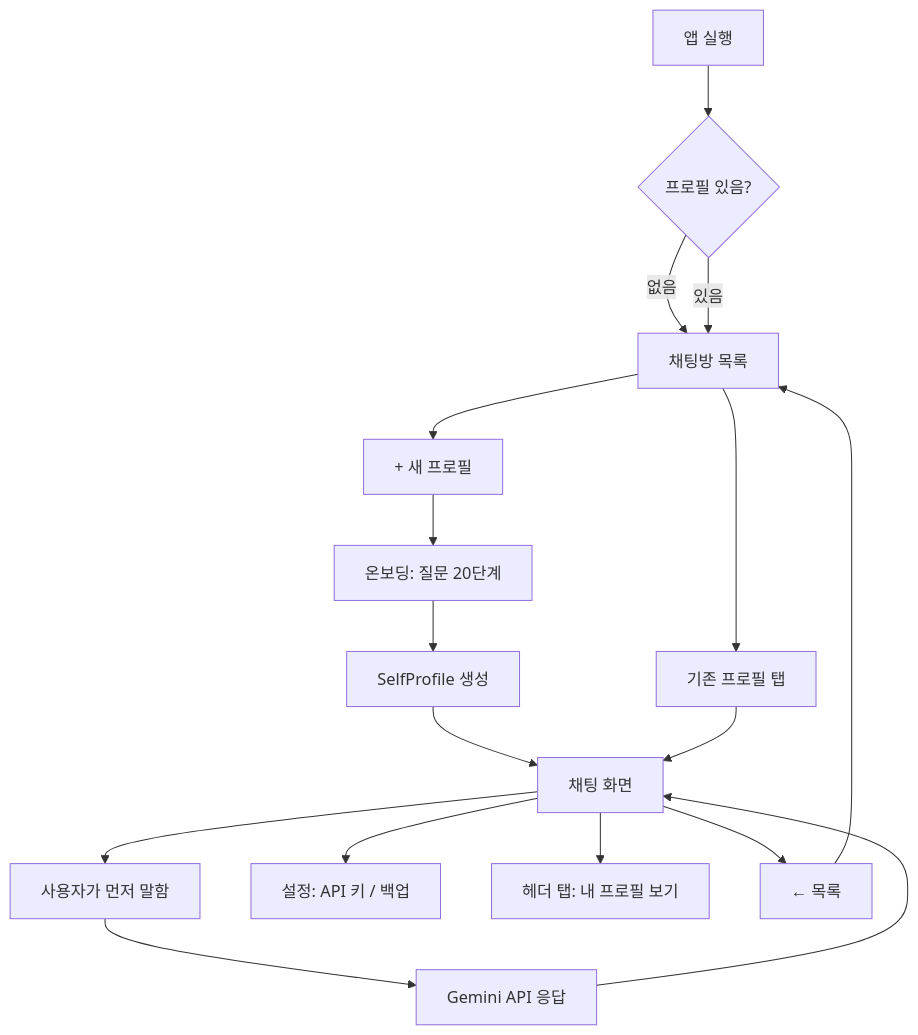
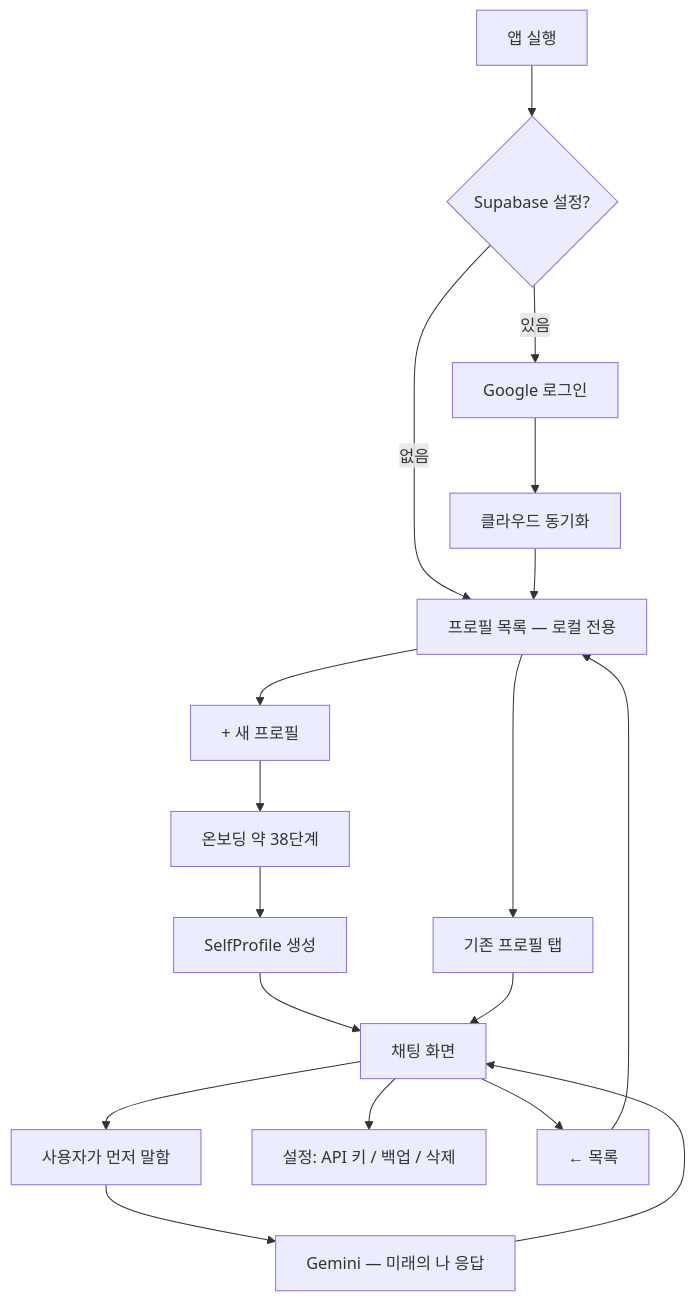
Before and after one commit to jongyoon0130/FutureMe: the first of 2 diagrams in README.md, drawn with Mermaid. The commit also changed other lines of this file and 15 other files, not shown here.

````diff
--- a/README.md
+++ b/README.md
@@ -40,19 +41,18 @@
 ```mermaid
 flowchart TD
-    A[앱 실행] --> B{프로필 있음?}
-    B -->|없음| C[채팅방 목록]
-    B -->|있음| C
+    A[앱 실행] --> B{Supabase 설정?}
+    B -->|없음| C[프로필 목록 — 로컬 전용]
+    B -->|있음| L[Google 로그인] --> S[클라우드 동기화] --> C
     C --> D[+ 새 프로필]
     C --> E[기존 프로필 탭]
-    D --> F[온보딩: 질문 20단계]
+    D --> F[온보딩 약 38단계]
     F --> G[SelfProfile 생성]
     G --> H[채팅 화면]
     E --> H
     H --> I[사용자가 먼저 말함]
-    I --> J[Gemini API 응답]
+    I --> J[Gemini — 미래의 나 응답]
     J --> H
-    H --> K[설정: API 키 / 백업]
-    H --> L[헤더 탭: 내 프로필 보기]
+    H --> K[설정: API 키 / 백업 / 삭제]
     H --> M[← 목록]
     M --> C
 ```
````
